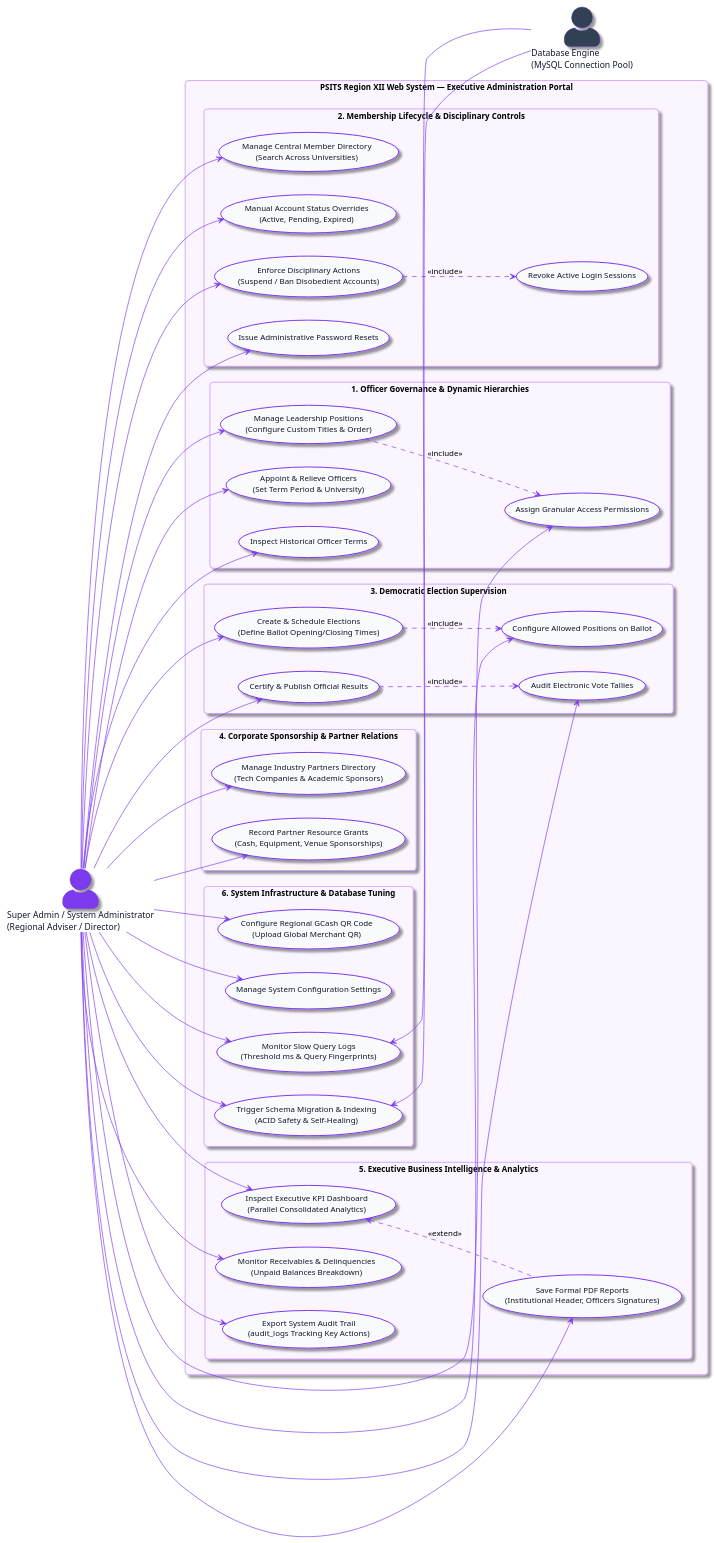
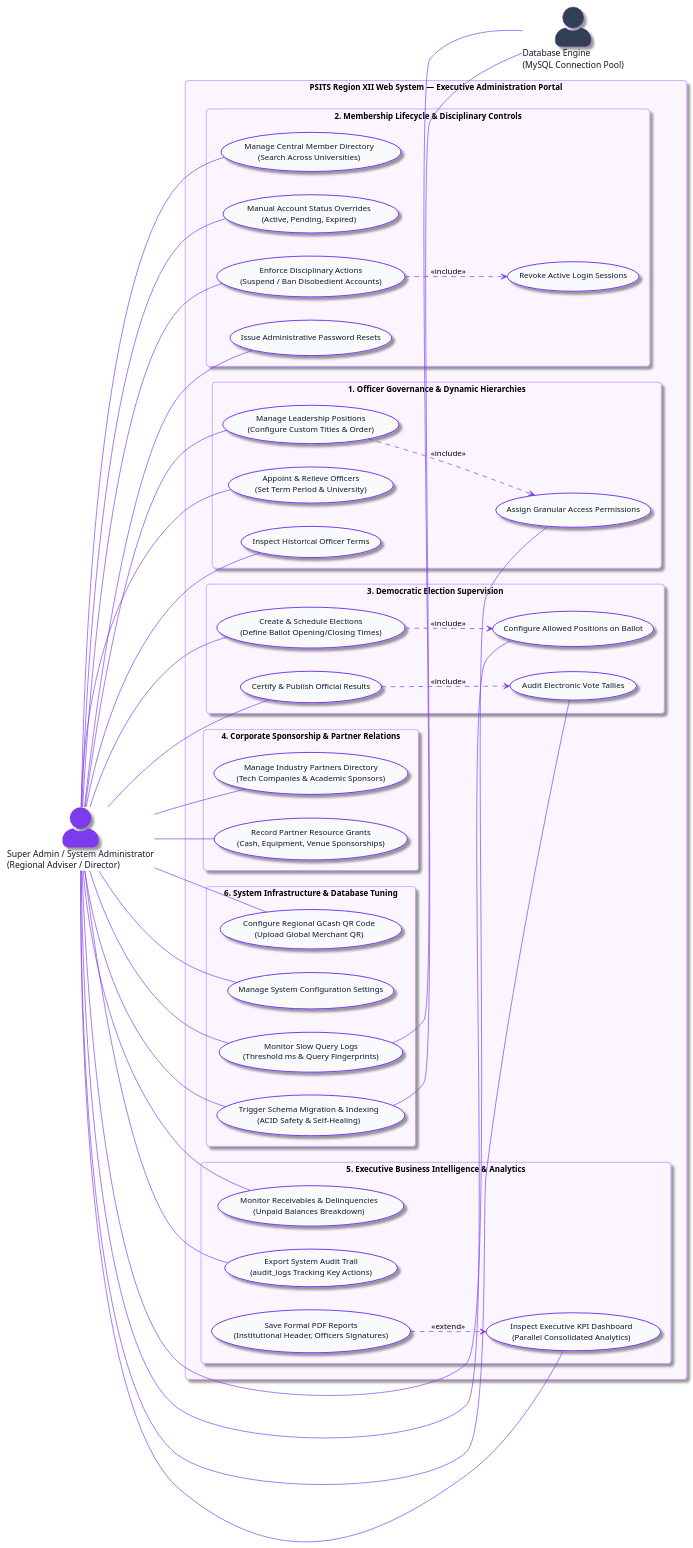
The diagram in docs/use_case_admin.puml (markdanieldigol9-alt/psits-web-system), drawn with PlantUML before and after one commit. The commit also changed 76 other files, not shown here.

Commit message:
feat(system): UI refresh across modules, reports module enhancements, attendance and election updates, docs and diagrams

```diff
--- a/docs/use_case_admin.puml
+++ b/docs/use_case_admin.puml
@@ -1,130 +1,129 @@
 @startuml PSITS_Use_Case_Admin
 skinparam packageStyle rectangle
 skinparam roundcorner 10
 skinparam shadowing true
 skinparam actorStyle awesome
 skinparam defaultFontName "Segoe UI", Arial, sans-serif
 skinparam defaultFontSize 12
 
 skinparam actor {
     BackgroundColor #7C3AED
     BorderColor #5B21B6
     FontColor #0F172A
     FontSize 13
 }
 
 skinparam usecase {
     BackgroundColor #F8FAFC
     BorderColor #7C3AED
     BorderThickness 1.5
     FontColor #0F172A
     ArrowColor #7C3AED
 }
 
 skinparam package {
     BackgroundColor #FAF5FF
     BorderColor #C084FC
     FontColor #6B21A8
     FontStyle bold
 }
 
 left to right direction
 
 ' ========================================================
 ' ACTORS
 ' ========================================================
 actor "Super Admin / System Administrator\n(Regional Adviser / Director)" as Admin #7C3AED
 actor "Database Engine\n(MySQL Connection Pool)" as DB #334155
 
 ' ========================================================
 ' SYSTEM BOUNDARY: ADMIN & GOVERNANCE PORTAL
 ' ========================================================
 rectangle "PSITS Region XII Web System — Executive Administration Portal" as AdminPortal {
 
     package "1. Officer Governance & Dynamic Hierarchies" {
         usecase "Manage Leadership Positions\n(Configure Custom Titles & Order)" as UC_ManagePositions
         usecase "Appoint & Relieve Officers\n(Set Term Period & University)" as UC_AppointOfficers
         usecase "Assign Granular Access Permissions" as UC_AssignPerms
         usecase "Inspect Historical Officer Terms" as UC_OfficerHistory
     }
 
     package "2. Membership Lifecycle & Disciplinary Controls" {
         usecase "Manage Central Member Directory\n(Search Across Universities)" as UC_ManageMembers
         usecase "Manual Account Status Overrides\n(Active, Pending, Expired)" as UC_StatusOverride
         usecase "Enforce Disciplinary Actions\n(Suspend / Ban Disobedient Accounts)" as UC_Discipline
         usecase "Revoke Active Login Sessions" as UC_RevokeSessions
         usecase "Issue Administrative Password Resets" as UC_AdminPassReset
     }
 
     package "3. Democratic Election Supervision" {
         usecase "Create & Schedule Elections\n(Define Ballot Opening/Closing Times)" as UC_CreateElection
         usecase "Configure Allowed Positions on Ballot" as UC_AllowedPositions
         usecase "Audit Electronic Vote Tallies" as UC_AuditVotes
         usecase "Certify & Publish Official Results" as UC_CertifyResults
     }
 
     package "4. Corporate Sponsorship & Partner Relations" {
         usecase "Manage Industry Partners Directory\n(Tech Companies & Academic Sponsors)" as UC_ManagePartners
         usecase "Record Partner Resource Grants\n(Cash, Equipment, Venue Sponsorships)" as UC_TrackGrants
     }
 
     package "5. Executive Business Intelligence & Analytics" {
         usecase "Inspect Executive KPI Dashboard\n(Parallel Consolidated Analytics)" as UC_ExecutiveDashboard
         usecase "Monitor Receivables & Delinquencies\n(Unpaid Balances Breakdown)" as UC_DelinquencyReport
         usecase "Export System Audit Trail\n(audit_logs Tracking Key Actions)" as UC_AuditLogs
         usecase "Save Formal PDF Reports\n(Institutional Header, Officers Signatures)" as UC_SavePDF
     }
 
     package "6. System Infrastructure & Database Tuning" {
         usecase "Configure Regional GCash QR Code\n(Upload Global Merchant QR)" as UC_ConfigQR
         usecase "Manage System Configuration Settings" as UC_SystemSettings
         usecase "Monitor Slow Query Logs\n(Threshold ms & Query Fingerprints)" as UC_SlowQueryLog
         usecase "Trigger Schema Migration & Indexing\n(ACID Safety & Self-Healing)" as UC_RunMigration
     }
 }
 
 ' ========================================================
-' ASSOCIATIONS (ADMIN)
+' ASSOCIATIONS (ADMIN - solid lines without arrowheads)
 ' ========================================================
-Admin --> UC_ManagePositions
-Admin --> UC_AppointOfficers
-Admin --> UC_AssignPerms
-Admin --> UC_OfficerHistory
+Admin -- UC_ManagePositions
+Admin -- UC_AppointOfficers
+Admin -- UC_AssignPerms
+Admin -- UC_OfficerHistory
 
-Admin --> UC_ManageMembers
-Admin --> UC_StatusOverride
-Admin --> UC_Discipline
-Admin --> UC_AdminPassReset
+Admin -- UC_ManageMembers
+Admin -- UC_StatusOverride
+Admin -- UC_Discipline
+Admin -- UC_AdminPassReset
 
-Admin --> UC_CreateElection
-Admin --> UC_AllowedPositions
-Admin --> UC_AuditVotes
-Admin --> UC_CertifyResults
+Admin -- UC_CreateElection
+Admin -- UC_AllowedPositions
+Admin -- UC_AuditVotes
+Admin -- UC_CertifyResults
 
-Admin --> UC_ManagePartners
-Admin --> UC_TrackGrants
+Admin -- UC_ManagePartners
+Admin -- UC_TrackGrants
 
-Admin --> UC_ExecutiveDashboard
-Admin --> UC_DelinquencyReport
-Admin --> UC_AuditLogs
-Admin --> UC_SavePDF
+Admin -- UC_ExecutiveDashboard
+Admin -- UC_DelinquencyReport
+Admin -- UC_AuditLogs
 
-Admin --> UC_ConfigQR
-Admin --> UC_SystemSettings
-Admin --> UC_SlowQueryLog
-Admin --> UC_RunMigration
+Admin -- UC_ConfigQR
+Admin -- UC_SystemSettings
+Admin -- UC_SlowQueryLog
+Admin -- UC_RunMigration
 
-' Database Actor Connections
-UC_SlowQueryLog <-- DB
-UC_RunMigration <-- DB
+' Secondary Actor Associations (solid lines without arrowheads)
+UC_SlowQueryLog -- DB
+UC_RunMigration -- DB
 
 ' ========================================================
 ' INCLUDE & EXTEND RELATIONSHIPS
 ' ========================================================
 UC_ManagePositions ..> UC_AssignPerms : <<include>>
 UC_Discipline ..> UC_RevokeSessions : <<include>>
 UC_CreateElection ..> UC_AllowedPositions : <<include>>
 UC_CertifyResults ..> UC_AuditVotes : <<include>>
-UC_ExecutiveDashboard <.. UC_SavePDF : <<extend>>
+UC_SavePDF ..> UC_ExecutiveDashboard : <<extend>>
 
 @enduml
```
